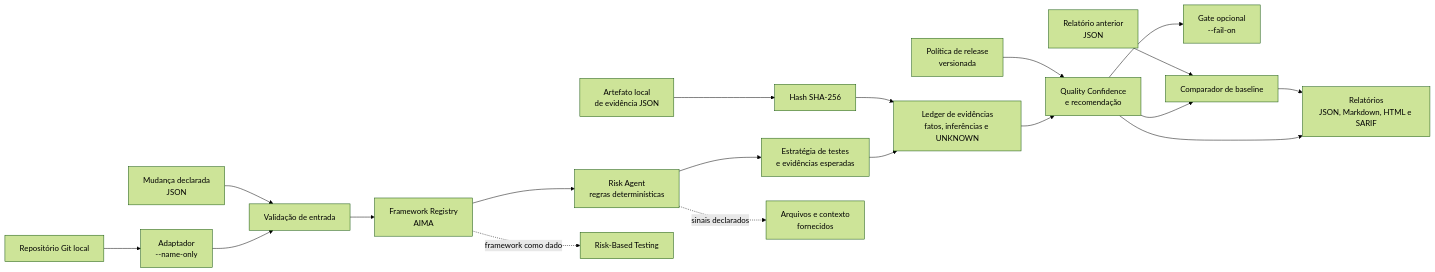
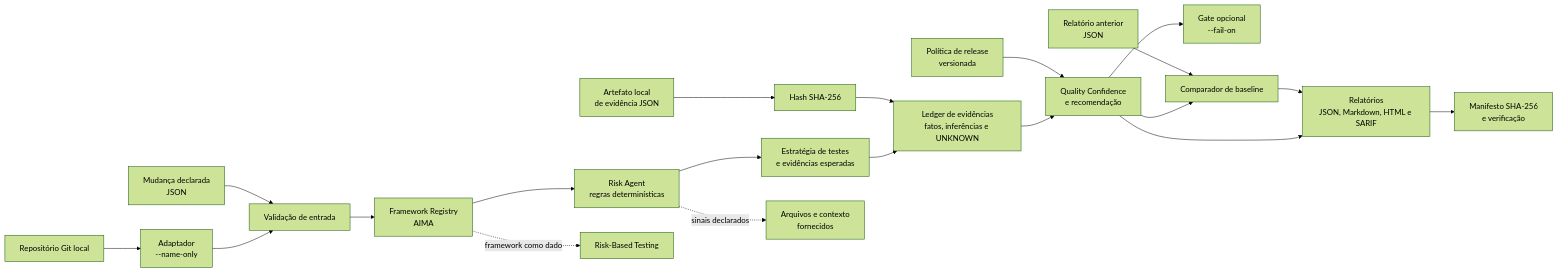
One commit to jonasqasoftware/aima-agentic-qe changed the diagram in ARCHITECTURE.md. Above: the diagram before and after it, drawn with Mermaid (forest theme). The commit also changed other lines of this file and 8 other files, not shown here.

````diff
--- a/ARCHITECTURE.md
+++ b/ARCHITECTURE.md
@@ -7,22 +7,23 @@
 ```mermaid
 flowchart LR
   Input["Mudança declarada\nJSON"] --> Validate["Validação de entrada"]
   Git["Repositório Git local"] --> Diff["Adaptador\n--name-only"]
   Diff --> Validate
   Artifact["Artefato local\nde evidência JSON"] --> Hash["Hash SHA-256"]
   Hash --> Ledger
   Validate --> Registry["Framework Registry\nAIMA"]
   Registry --> Risk["Risk Agent\nregras determinísticas"]
   Risk --> Strategy["Estratégia de testes\ne evidências esperadas"]
   Strategy --> Ledger["Ledger de evidências\nfatos, inferências e UNKNOWN"]
   Policy["Política de release\nversionada"] --> Decision
   Ledger --> Decision["Quality Confidence\ne recomendação"]
   Decision --> Gate["Gate opcional\n--fail-on"]
   Baseline["Relatório anterior\nJSON"] --> Compare["Comparador de baseline"]
   Decision --> Compare
   Compare --> Report
   Decision --> Report["Relatórios\nJSON, Markdown, HTML e SARIF"]
+  Report --> Manifest["Manifesto SHA-256\ne verificação"]
 
   Registry -. "framework como dado" .-> Framework["Risk-Based Testing"]
   Risk -. "sinais declarados" .-> Change["Arquivos e contexto\nfornecidos"]
 ```
````
